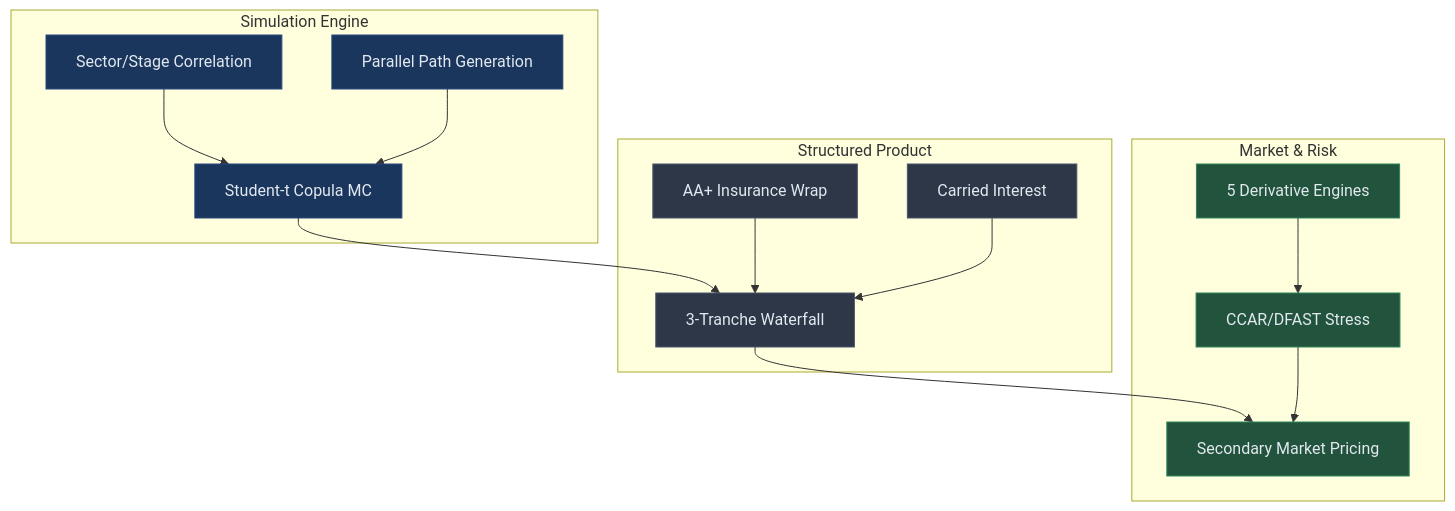
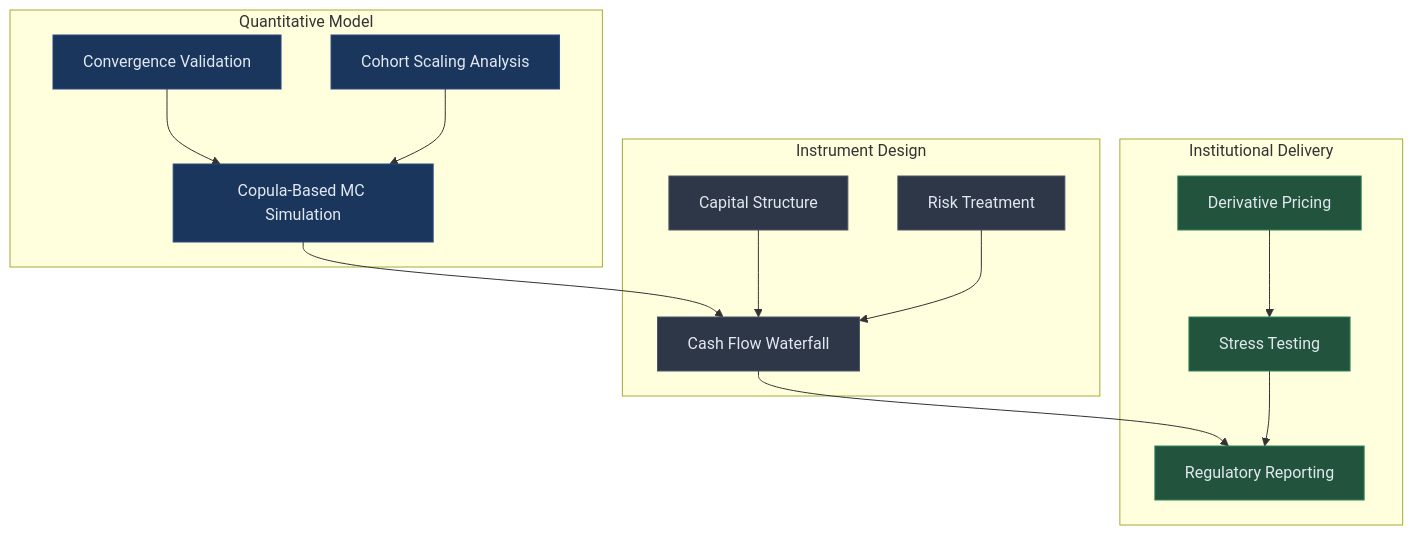
One commit to whatsupjones/tpex-core-public changed the diagram in README.md. Above: the diagram before and after it, drawn with Mermaid. The commit also changed other lines of this file, not shown here.

Commit message:
Tighten public README: remove structural IP, reposition as model-first instrument design

````diff
--- a/README.md
+++ b/README.md
@@ -33,39 +26,39 @@
 ```mermaid
 flowchart TD
-    subgraph Simulation Engine
-        A[Student-t Copula MC]
-        B[Sector/Stage Correlation]
-        C[Parallel Path Generation]
+    subgraph Quantitative Model
+        A[Copula-Based MC Simulation]
+        B[Convergence Validation]
+        C[Cohort Scaling Analysis]
     end
 
-    subgraph Structured Product
-        D[3-Tranche Waterfall]
-        E[AA+ Insurance Wrap]
-        F[Carried Interest]
+    subgraph Instrument Design
+        D[Cash Flow Waterfall]
+        E[Capital Structure]
+        F[Risk Treatment]
     end
 
-    subgraph Market & Risk
-        G[5 Derivative Engines]
-        H[CCAR/DFAST Stress]
-        I[Secondary Market Pricing]
+    subgraph Institutional Delivery
+        G[Derivative Pricing]
+        H[Stress Testing]
+        I[Regulatory Reporting]
     end
 
     A --> D
     B --> A
     C --> A
     D --> I
     E --> D
     F --> D
     G --> H
     H --> I
 
     style A fill:#1a365d,stroke:#2a4a7f,color:#e2e8f0
     style B fill:#1a365d,stroke:#2a4a7f,color:#e2e8f0
     style C fill:#1a365d,stroke:#2a4a7f,color:#e2e8f0
     style D fill:#2d3748,stroke:#4a5568,color:#e2e8f0
     style E fill:#2d3748,stroke:#4a5568,color:#e2e8f0
     style F fill:#2d3748,stroke:#4a5568,color:#e2e8f0
     style G fill:#22543d,stroke:#2f855a,color:#e2e8f0
     style H fill:#22543d,stroke:#2f855a,color:#e2e8f0
     style I fill:#22543d,stroke:#2f855a,color:#e2e8f0
 ```
````
